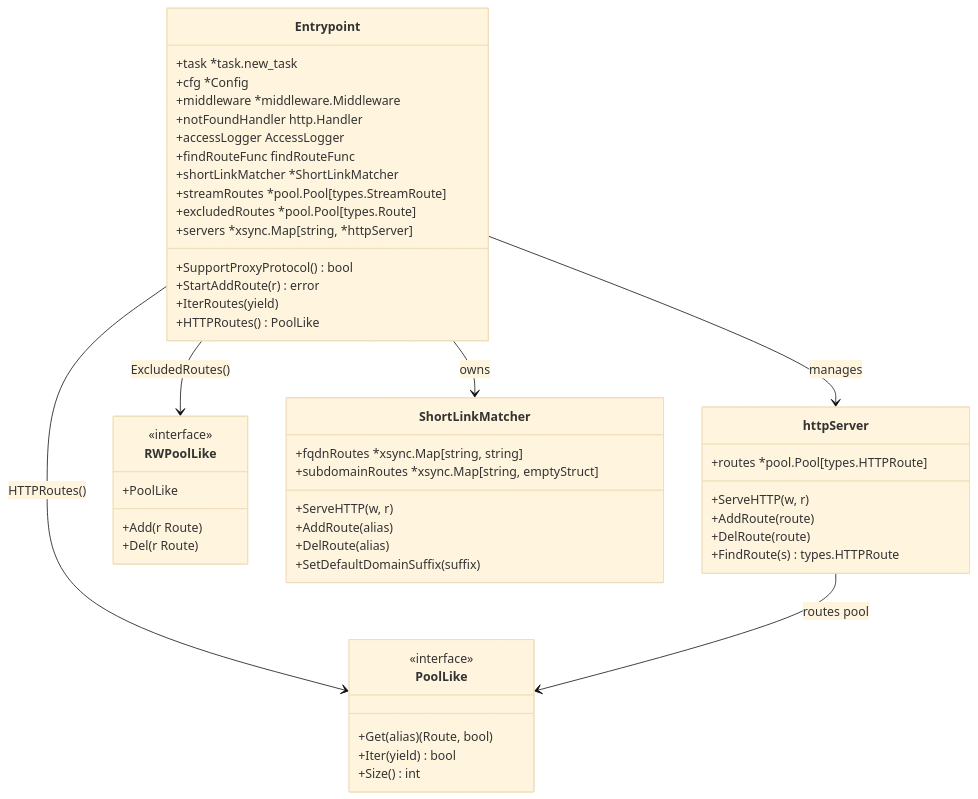
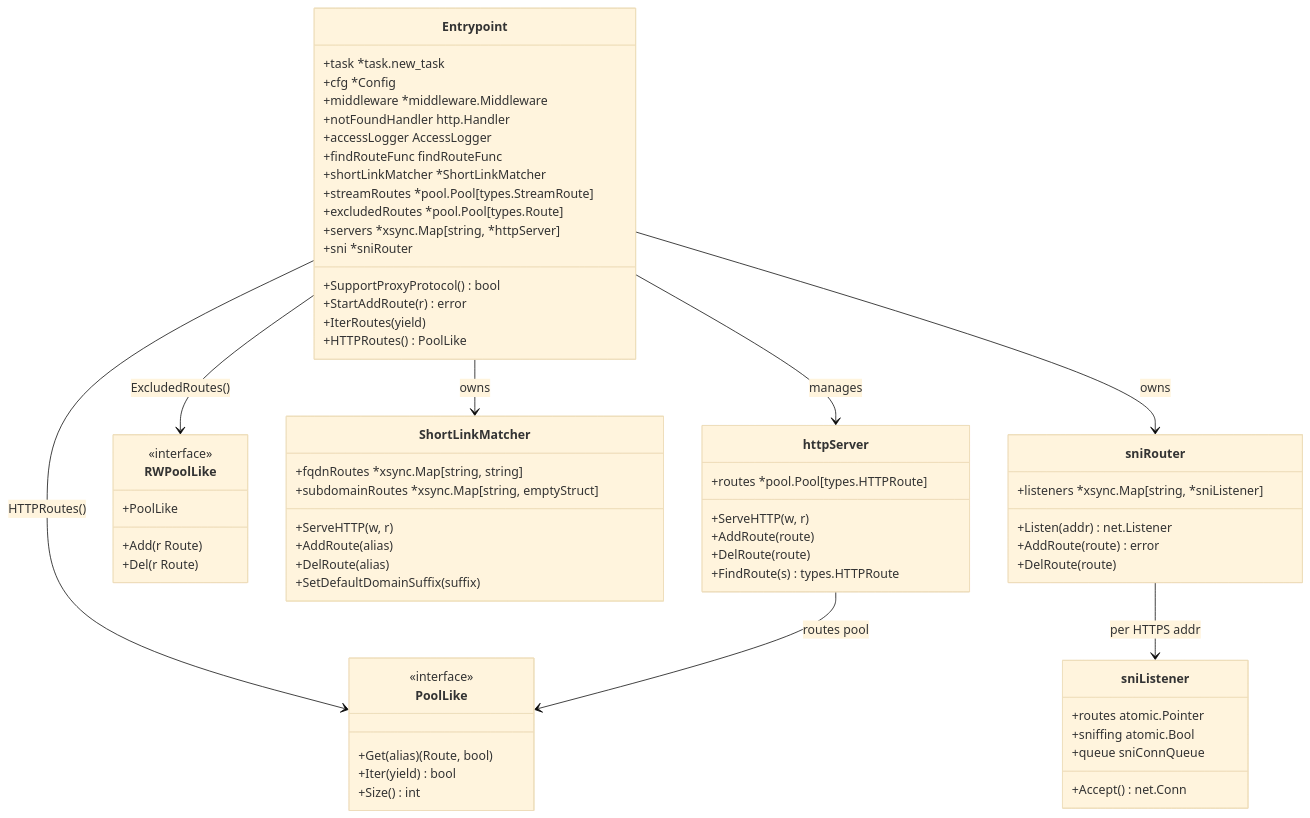
Before and after one commit to yusing/godoxy-wiki: the first of 5 diagrams in content/docs/impl/internal-entrypoint.mdx, drawn with Mermaid (base theme). The commit also changed other lines of this file and 20 other files, not shown here.

````diff
--- a/content/docs/impl/internal-entrypoint.mdx
+++ b/content/docs/impl/internal-entrypoint.mdx
@@ -202,56 +222,73 @@
 ```mermaid
 classDiagram
     class Entrypoint {
         +task *task.new_task
         +cfg *Config
         +middleware *middleware.Middleware
         +notFoundHandler http.Handler
         +accessLogger AccessLogger
         +findRouteFunc findRouteFunc
         +shortLinkMatcher *ShortLinkMatcher
         +streamRoutes *pool.Pool\[types.StreamRoute\]
         +excludedRoutes *pool.Pool\[types.Route\]
         +servers *xsync.Map\[string, *httpServer\]
+        +sni *sniRouter
         +SupportProxyProtocol() bool
         +StartAddRoute(r) error
         +IterRoutes(yield)
         +HTTPRoutes() PoolLike
     }
 
     class httpServer {
         +routes *pool.Pool\[types.HTTPRoute\]
         +ServeHTTP(w, r)
         +AddRoute(route)
         +DelRoute(route)
         +FindRoute(s) types.HTTPRoute
     }
 
     class PoolLike {
         <<interface>>
         +Get(alias) (Route, bool)
         +Iter(yield) bool
         +Size() int
     }
 
     class RWPoolLike {
         <<interface>>
         +PoolLike
         +Add(r Route)
         +Del(r Route)
     }
 
     class ShortLinkMatcher {
         +fqdnRoutes *xsync.Map\[string, string\]
         +subdomainRoutes *xsync.Map\[string, emptyStruct\]
         +ServeHTTP(w, r)
         +AddRoute(alias)
         +DelRoute(alias)
         +SetDefaultDomainSuffix(suffix)
     }
 
+    class sniRouter {
+        +listeners *xsync.Map\[string, *sniListener\]
+        +Listen(addr) net.Listener
+        +AddRoute(route) error
+        +DelRoute(route)
+    }
+
+    class sniListener {
+        +routes atomic.Pointer
+        +sniffing atomic.Bool
+        +queue sniConnQueue
+        +Accept() net.Conn
+    }
+
     Entrypoint --> httpServer : manages
     Entrypoint --> ShortLinkMatcher : owns
+    Entrypoint --> sniRouter : owns
+    sniRouter --> sniListener : per HTTPS addr
     Entrypoint --> PoolLike : HTTPRoutes()
     Entrypoint --> RWPoolLike : ExcludedRoutes()
     httpServer --> PoolLike : routes pool
 ```
````
